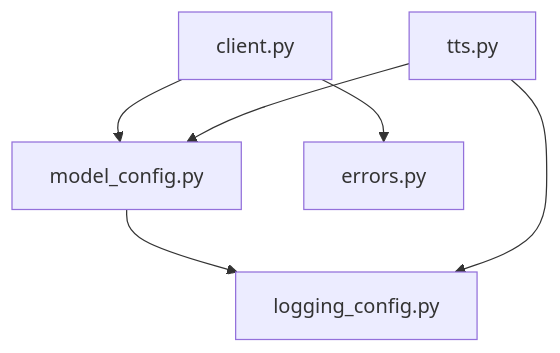
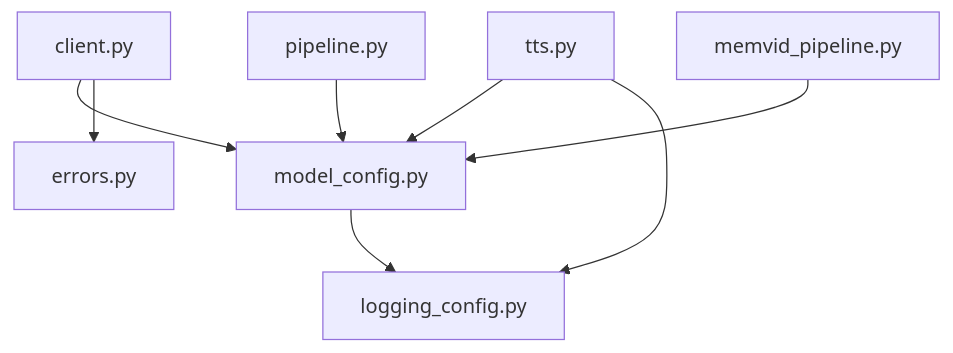
One commit to MOK-5-ha/MayaMCP changed the seventh of 7 diagrams in .qoder/repowiki/en/content/Configuration Management/Model Configuration.md. Above: the diagram before and after it, drawn with Mermaid. The commit also changed other lines of this file and 27 other files, not shown here.

````diff
--- a/.qoder/repowiki/en/content/Configuration Management/Model Configuration.md
+++ b/.qoder/repowiki/en/content/Configuration Management/Model Configuration.md
@@ -285,13 +335,17 @@
 ```mermaid
 graph TB
 MC["model_config.py"]
 LC["logging_config.py"]
 LLM["client.py"]
 TTS["tts.py"]
+RP["pipeline.py"]
+MP["memvid_pipeline.py"]
 ERR["errors.py"]
 MC --> LC
 LLM --> MC
 LLM --> ERR
 TTS --> MC
 TTS --> LC
+RP --> MC
+MP --> MC
 ```
````
